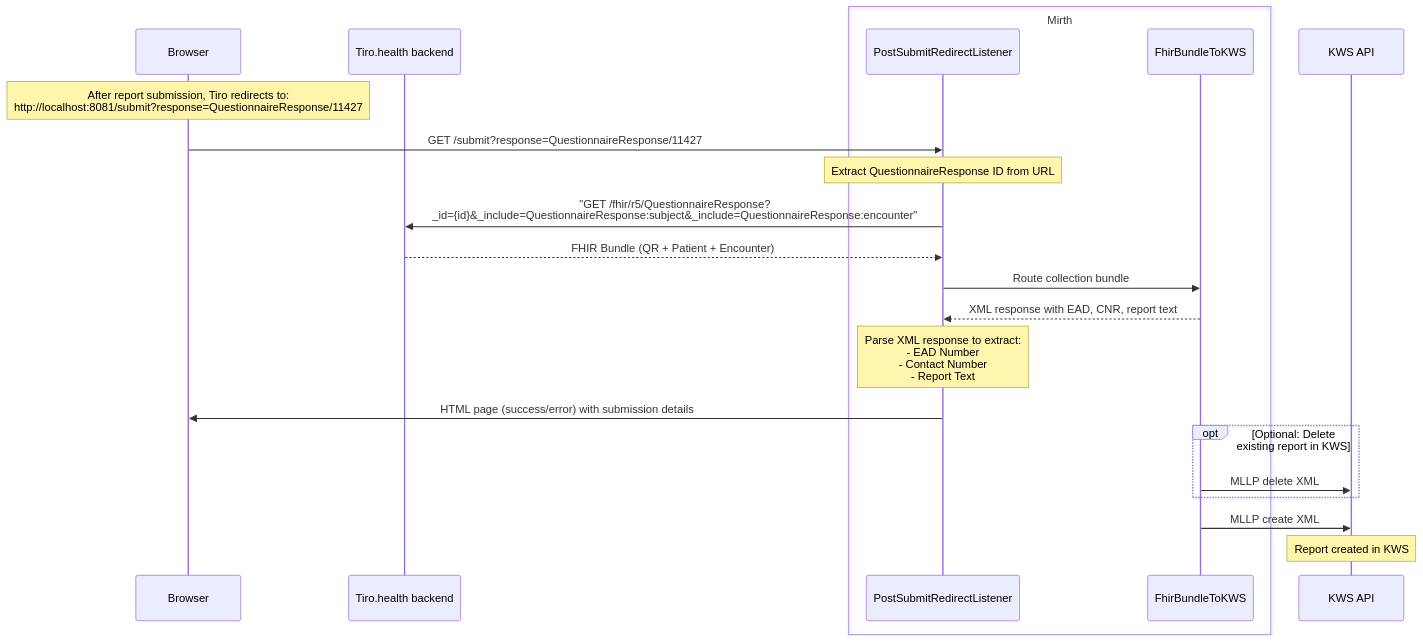
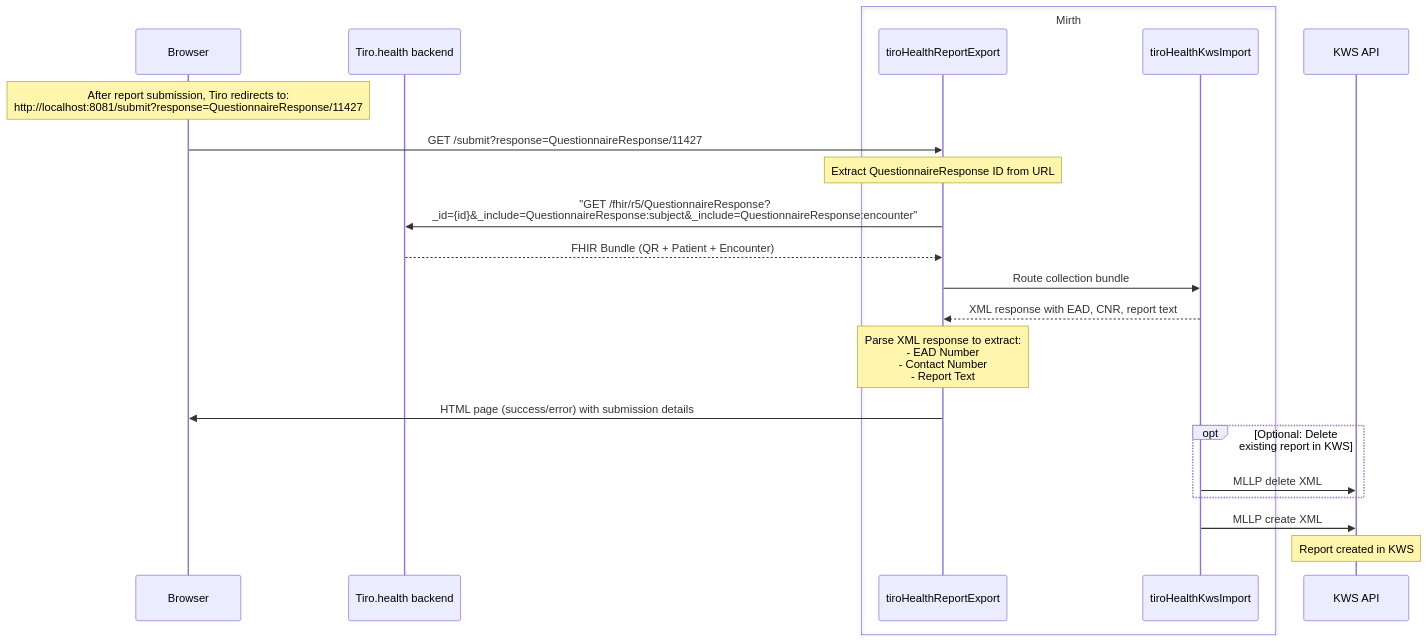
One commit to Tiro-health/atticus-docs changed the third of 3 diagrams in src/app/api/kws/page.mdx. Above: the diagram before and after it, drawn with Mermaid. The commit also changed other lines of this file, not shown here.

Commit message:
Update kws doc

````diff
--- a/src/app/api/kws/page.mdx
+++ b/src/app/api/kws/page.mdx
@@ -199,33 +205,33 @@
   ```mermaid
   sequenceDiagram
   participant Browser
   participant Tiro.health backend
   box Mirth
-  participant PostSubmitRedirectListener
-  participant FhirBundleToKWS
+  participant tiroHealthReportExport
+  participant tiroHealthKwsImport
   end
   participant KWS API
 
   Note over Browser: After report submission, Tiro redirects to:<br/>http://localhost:8081/submit?response=QuestionnaireResponse/11427
 
-  Browser->>PostSubmitRedirectListener: GET /submit?response=QuestionnaireResponse/11427
+  Browser->>tiroHealthReportExport: GET /submit?response=QuestionnaireResponse/11427
 
-  Note over PostSubmitRedirectListener: Extract QuestionnaireResponse ID from URL
+  Note over tiroHealthReportExport: Extract QuestionnaireResponse ID from URL
 
-  PostSubmitRedirectListener->>Tiro.health backend: "GET /fhir/r5/QuestionnaireResponse?<br/>_id={id}&_include=QuestionnaireResponse:subject&_include=QuestionnaireResponse:encounter"
-  Tiro.health backend-->>PostSubmitRedirectListener: FHIR Bundle (QR + Patient + Encounter)
+  tiroHealthReportExport->>Tiro.health backend: "GET /fhir/r5/QuestionnaireResponse?<br/>_id={id}&_include=QuestionnaireResponse:subject&_include=QuestionnaireResponse:encounter"
+  Tiro.health backend-->>tiroHealthReportExport: FHIR Bundle (QR + Patient + Encounter)
 
-  PostSubmitRedirectListener->>FhirBundleToKWS: Route collection bundle
-  FhirBundleToKWS-->>PostSubmitRedirectListener: XML response with EAD, CNR, report text
+  tiroHealthReportExport->>tiroHealthKwsImport: Route collection bundle
+  tiroHealthKwsImport-->>tiroHealthReportExport: XML response with EAD, CNR, report text
 
-  Note over PostSubmitRedirectListener: Parse XML response to extract:<br/>- EAD Number<br/>- Contact Number<br/>- Report Text
+  Note over tiroHealthReportExport: Parse XML response to extract:<br/>- EAD Number<br/>- Contact Number<br/>- Report Text
 
-  PostSubmitRedirectListener->>Browser: HTML page (success/error) with submission details
+  tiroHealthReportExport->>Browser: HTML page (success/error) with submission details
 
   opt Optional: Delete existing report in KWS
-      FhirBundleToKWS->>KWS API: MLLP delete XML
+      tiroHealthKwsImport->>KWS API: MLLP delete XML
   end
 
-  FhirBundleToKWS->>KWS API: MLLP create XML
+  tiroHealthKwsImport->>KWS API: MLLP create XML
   Note over KWS API: Report created in KWS
   ```
````
